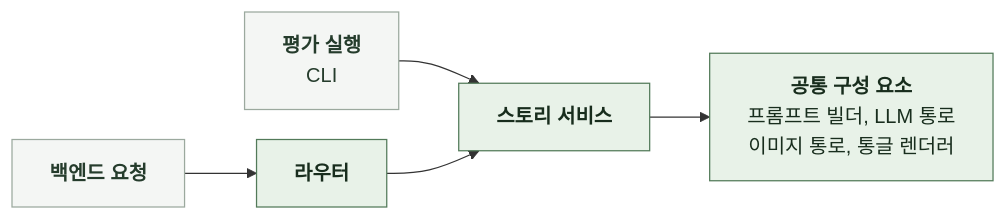
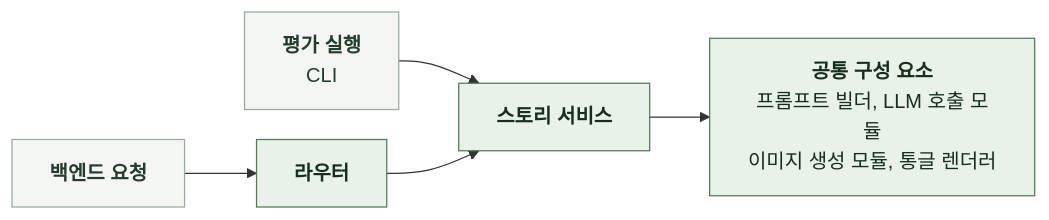
One commit to KIM-N-KANG/knk-harness changed the second of 2 diagrams in docs/AI/SIMPLE-GENERATION-STORY/4-2-DESIGN-SOFTWARE-ARCHITECTURE.md. Above: the diagram before and after it, drawn with Mermaid. The commit also changed other lines of this file and 19 other files, not shown here.

````diff
--- a/docs/AI/SIMPLE-GENERATION-STORY/4-2-DESIGN-SOFTWARE-ARCHITECTURE.md
+++ b/docs/AI/SIMPLE-GENERATION-STORY/4-2-DESIGN-SOFTWARE-ARCHITECTURE.md
@@ -114,12 +116,12 @@
 ```mermaid
 %%{init: {"flowchart": {"curve": "basis", "htmlLabels": true, "nodeSpacing": 24, "rankSpacing": 48}}}%%
 flowchart LR
     A["<b>백엔드 요청</b>"] --> R["<b>라우터</b>"]
     E["<b>평가 실행</b><br/>CLI"] --> S
     R --> S["<b>스토리 서비스</b>"]
-    S --> P["<b>공통 구성 요소</b><br/>프롬프트 빌더, LLM 통로<br/>이미지 통로, 통글 렌더러"]
+    S --> P["<b>공통 구성 요소</b><br/>프롬프트 빌더, LLM 호출 모듈<br/>이미지 생성 모듈, 통글 렌더러"]
     classDef comp fill:#E8F2E8,stroke:#527A59,color:#182D1D
     classDef ext fill:#F4F6F4,stroke:#9BA99E,color:#253C2C
     class R,S,P comp
     class A,E ext
 ```
````
